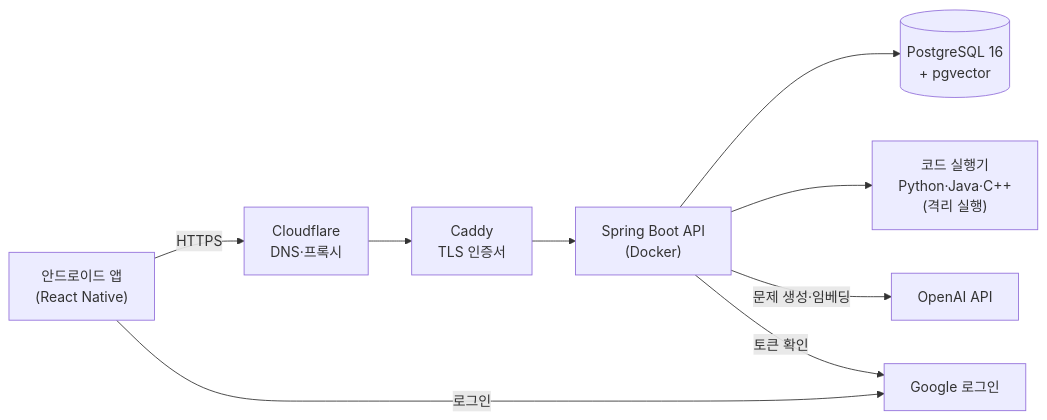
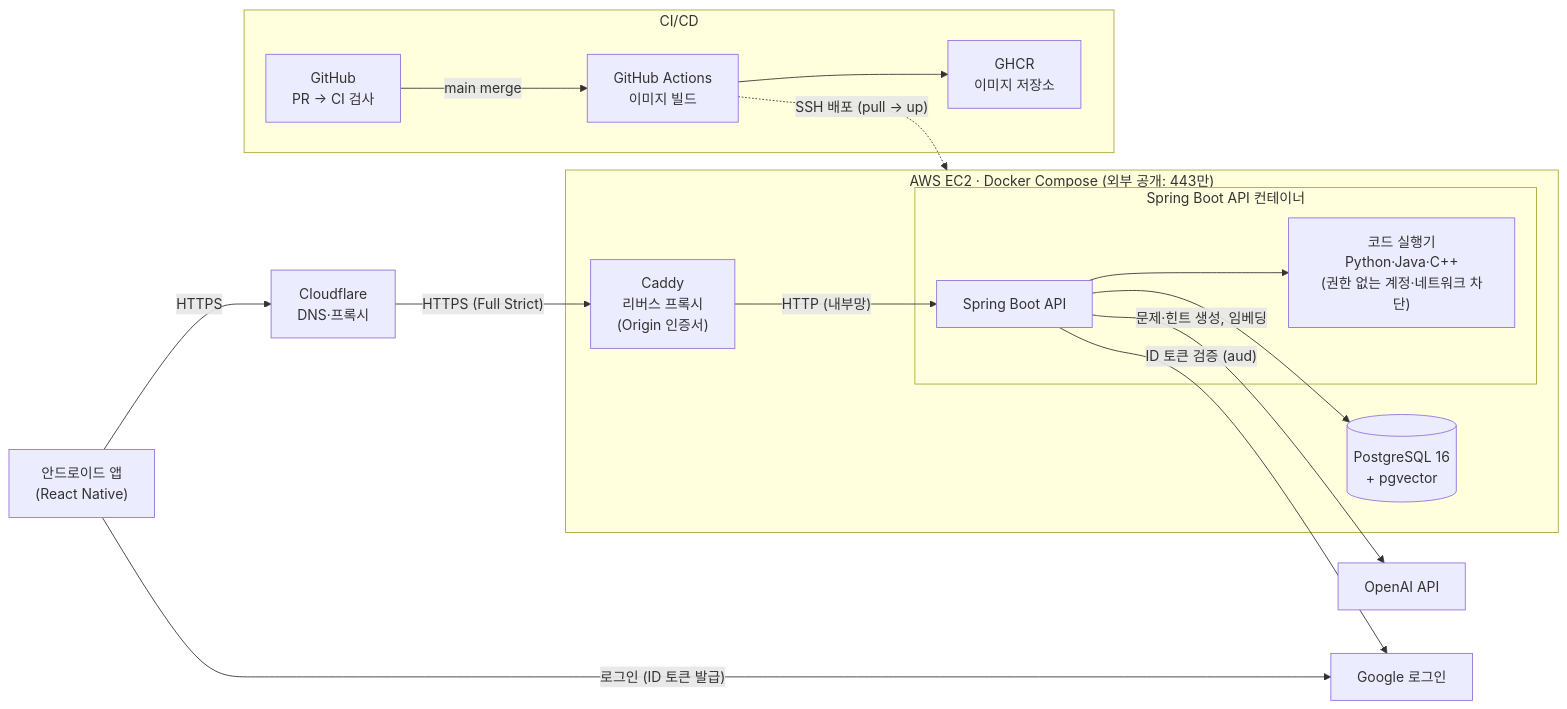
Before and after one commit to Be-senior-Project/Haru_Coding_Application: the diagram in README.md, drawn with Mermaid. The commit also changed other lines of this file, not shown here.

Commit message:
docs(readme): 아키텍처를 실제 배포 구조에 맞게 수정
- 아키텍처 다이어그램: AWS EC2·Docker Compose 경계, 코드 실행기를 API 컨테이너 안으로,
  CI/CD(GitHub Actions → GHCR → SSH 배포) 추가, 구간별 프로토콜(HTTPS Full Strict / 내부망 HTTP) 표기
- 설명 보강: 외부 공개는 443만, 힌트는 생성 시 저장, Google 토큰 aud 검증
- 배포 섹션: 서버 설정 파일(deploy/), 환경변수 위치(~/haru/.env), CI와 자동 배포 흐름으로 갱신

````diff
--- a/README.md
+++ b/README.md
@@ -21,11 +21,29 @@
 ```mermaid
 flowchart LR
-    App["안드로이드 앱<br/>(React Native)"] -->|HTTPS| CF["Cloudflare<br/>DNS·프록시"]
-    CF --> Caddy["Caddy<br/>TLS 인증서"]
-    Caddy --> API["Spring Boot API<br/>(Docker)"]
-    API --> DB[("PostgreSQL 16<br/>+ pgvector")]
-    API --> Runner["코드 실행기<br/>Python·Java·C++<br/>(격리 실행)"]
-    API -->|문제 생성·임베딩| OpenAI["OpenAI API"]
-    App -->|로그인| Google["Google 로그인"]
-    API -->|토큰 확인| Google
+    App["안드로이드 앱<br/>(React Native)"]
+    CF["Cloudflare<br/>DNS·프록시"]
+    OpenAI["OpenAI API"]
+    Google["Google 로그인"]
+
+    subgraph EC2["AWS EC2 · Docker Compose (외부 공개: 443만)"]
+        Caddy["Caddy<br/>리버스 프록시<br/>(Origin 인증서)"]
+        subgraph AppC["Spring Boot API 컨테이너"]
+            API["Spring Boot API"]
+            Runner["코드 실행기<br/>Python·Java·C++<br/>(권한 없는 계정·네트워크 차단)"]
+        end
+        DB[("PostgreSQL 16<br/>+ pgvector")]
+    end
+
+    subgraph CICD["CI/CD"]
+        GH["GitHub<br/>PR → CI 검사"] -->|main merge| Actions["GitHub Actions<br/>이미지 빌드"]
+        Actions --> GHCR["GHCR<br/>이미지 저장소"]
+    end
+
+    App -->|HTTPS| CF -->|"HTTPS (Full Strict)"| Caddy -->|"HTTP (내부망)"| API
+    API --> DB
+    API --> Runner
+    API -->|문제·힌트 생성, 임베딩| OpenAI
+    API -->|"ID 토큰 검증 (aud)"| Google
+    App -->|"로그인 (ID 토큰 발급)"| Google
+    Actions -.->|"SSH 배포 (pull → up)"| EC2
 ```
````
